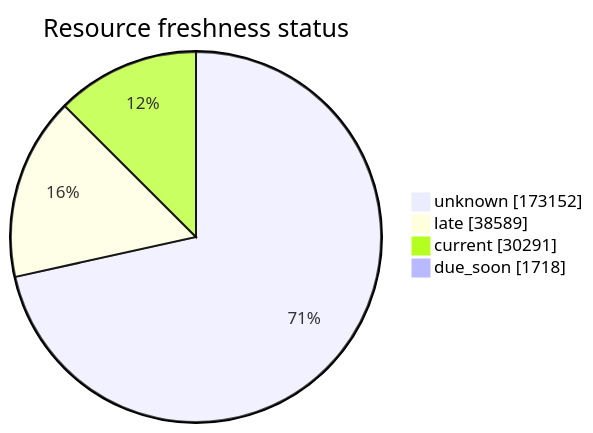
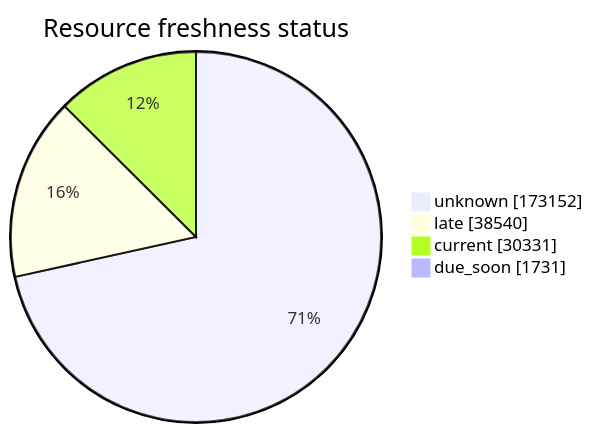
The third of 5 diagrams in FreshCheck/README.md (open-data/analytics-corporate-reporting), drawn with Mermaid before and after one commit. The commit also changed other lines of this file and 3 other files, not shown here.

````diff
--- a/FreshCheck/README.md
+++ b/FreshCheck/README.md
@@ -77,7 +77,7 @@
 ```mermaid
 pie showData title Resource freshness status
     "unknown": 173152
-    "late": 38589
-    "current": 30291
-    "due_soon": 1718
+    "late": 38540
+    "current": 30331
+    "due_soon": 1731
 ```
````
